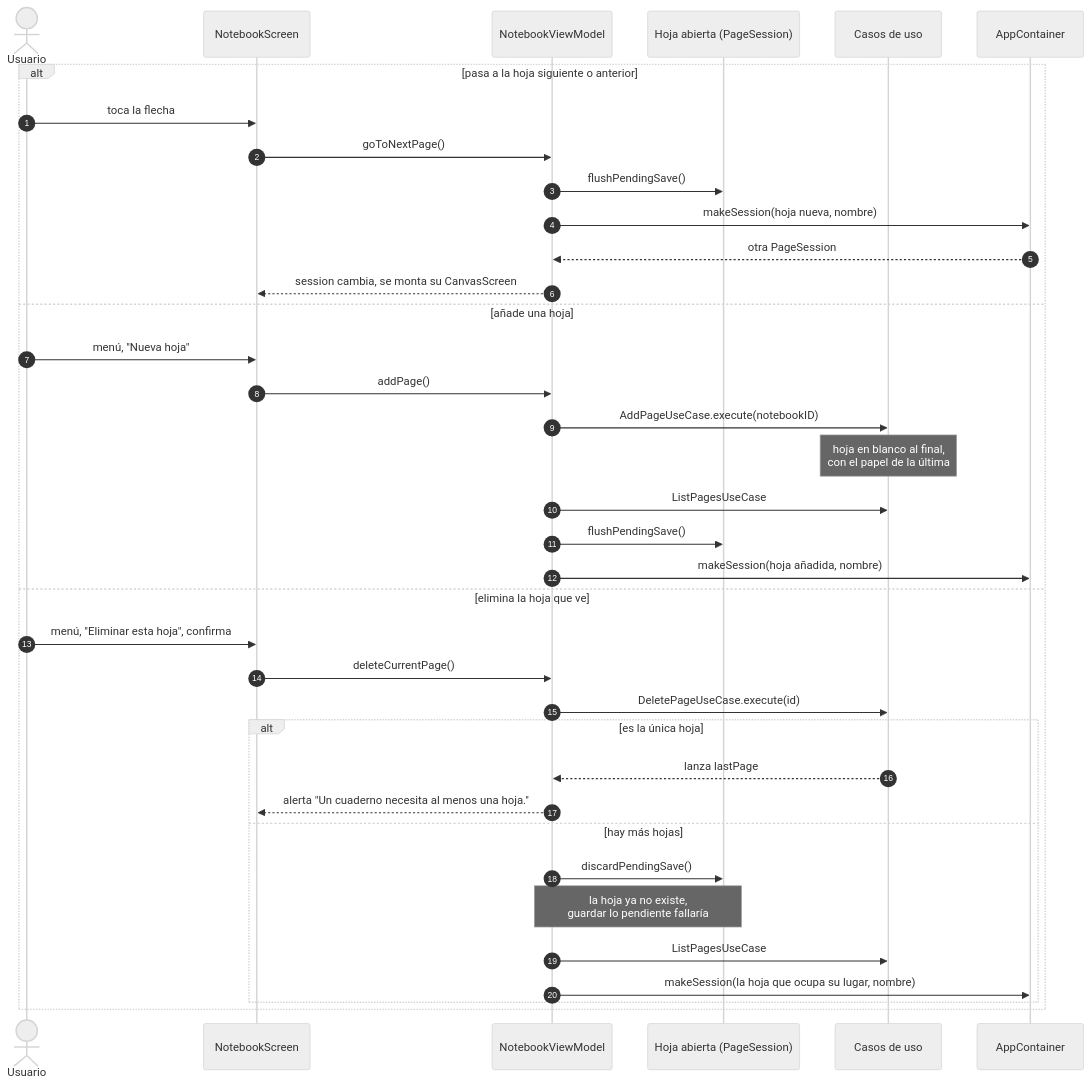
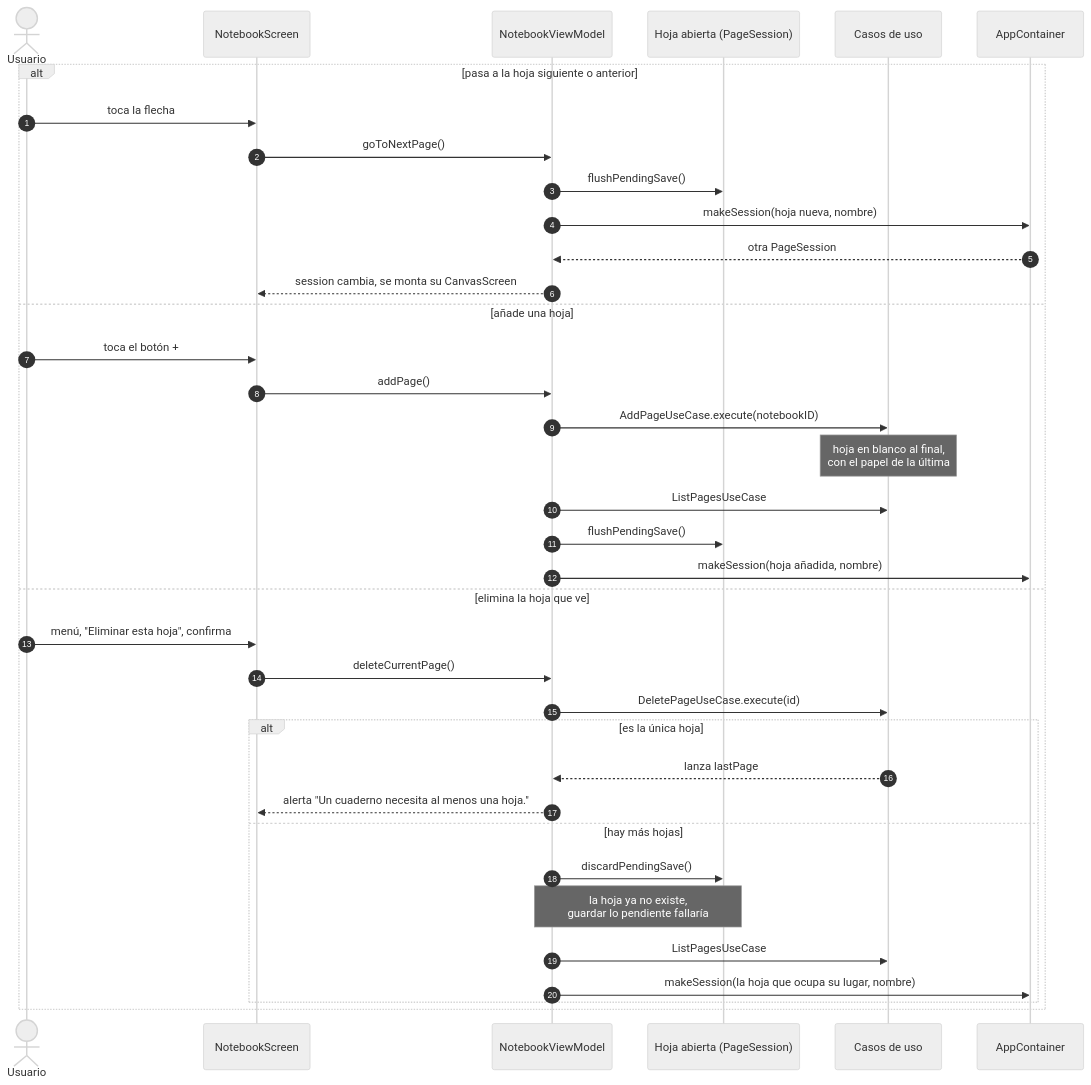
The sixth of 17 diagrams in docs/arquitectura.md (jhonjairo6230/DrawPad), drawn with Mermaid (neutral theme) before and after one commit. The commit also changed other lines of this file and 134 other files, not shown here.

````diff
--- a/docs/arquitectura.md
+++ b/docs/arquitectura.md
@@ -488,40 +690,40 @@
 ```mermaid
 sequenceDiagram
     autonumber
     actor U as Usuario
     participant N as NotebookScreen
     participant NVM as NotebookViewModel
     participant S as Hoja abierta (PageSession)
     participant UC as Casos de uso
     participant C as AppContainer
 
     alt pasa a la hoja siguiente o anterior
         U->>N: toca la flecha
         N->>NVM: goToNextPage()
         NVM->>S: flushPendingSave()
         NVM->>C: makeSession(hoja nueva, nombre)
         C-->>NVM: otra PageSession
         NVM-->>N: session cambia, se monta su CanvasScreen
     else añade una hoja
-        U->>N: menú, "Nueva hoja"
+        U->>N: toca el botón +
         N->>NVM: addPage()
         NVM->>UC: AddPageUseCase.execute(notebookID)
         Note over UC: hoja en blanco al final,<br/>con el papel de la última
         NVM->>UC: ListPagesUseCase
         NVM->>S: flushPendingSave()
         NVM->>C: makeSession(hoja añadida, nombre)
     else elimina la hoja que ve
         U->>N: menú, "Eliminar esta hoja", confirma
         N->>NVM: deleteCurrentPage()
         NVM->>UC: DeletePageUseCase.execute(id)
         alt es la única hoja
             UC-->>NVM: lanza lastPage
             NVM-->>N: alerta "Un cuaderno necesita al menos una hoja."
         else hay más hojas
             NVM->>S: discardPendingSave()
             Note over NVM,S: la hoja ya no existe,<br/>guardar lo pendiente fallaría
             NVM->>UC: ListPagesUseCase
             NVM->>C: makeSession(la hoja que ocupa su lugar, nombre)
         end
     end
 ```
````
